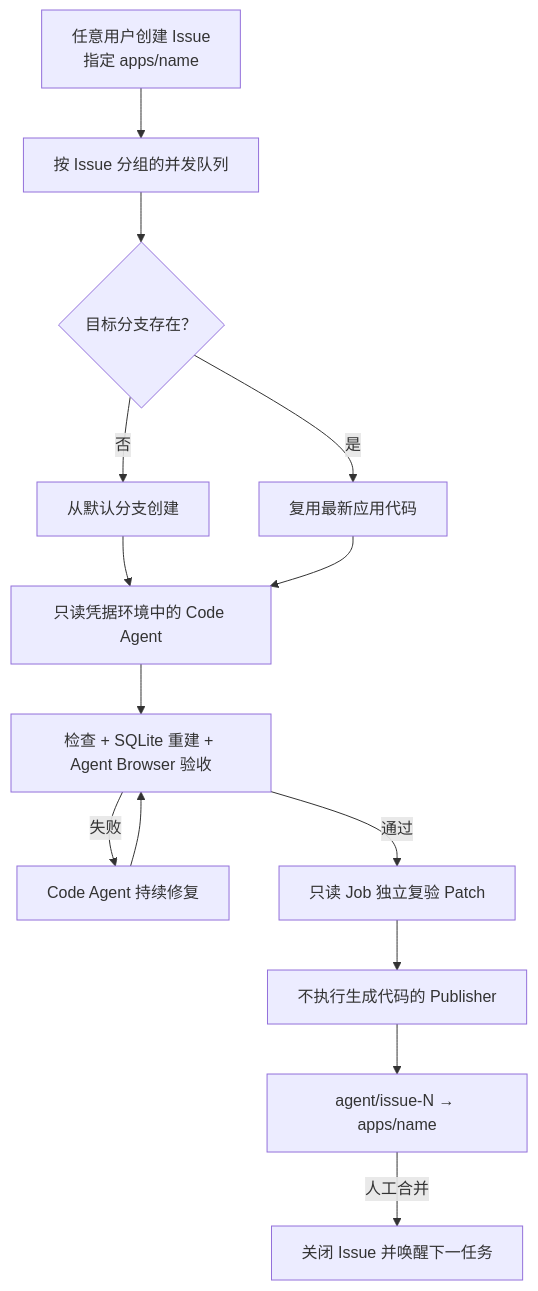
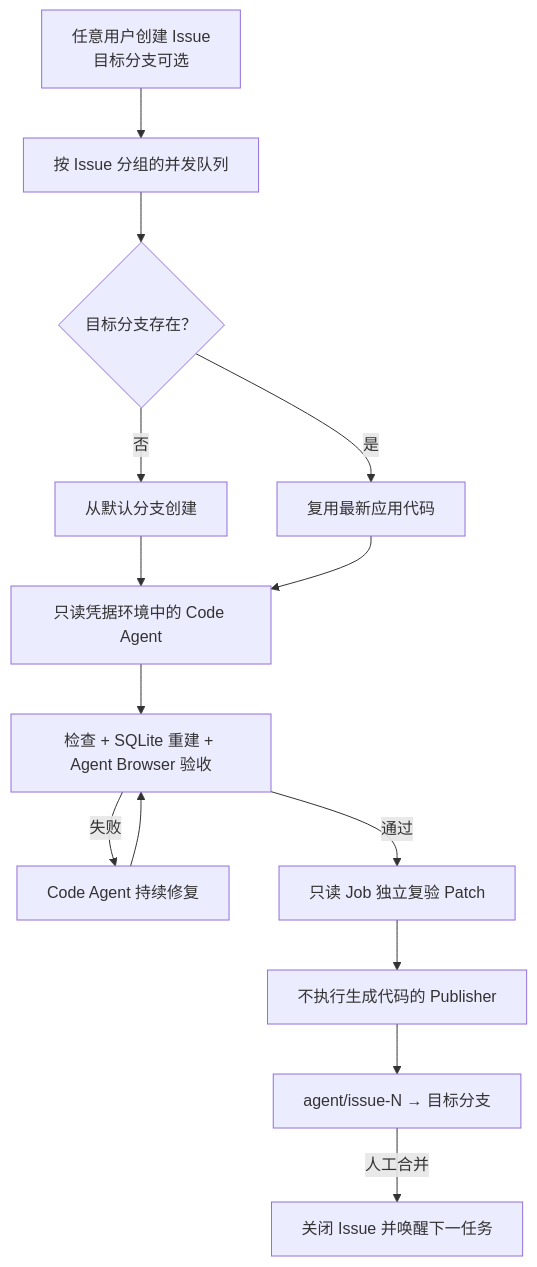
One commit to gchust/nb3-factory changed the diagram in README.MD. Above: the diagram before and after it, drawn with Mermaid. The commit also changed other lines of this file and 34 other files, not shown here.

````diff
--- a/README.MD
+++ b/README.MD
@@ -7,16 +7,16 @@
 ```mermaid
 flowchart TD
-    Issue["任意用户创建 Issue<br/>指定 apps/name"] --> Queue["按 Issue 分组的并发队列"]
+    Issue["任意用户创建 Issue<br/>目标分支可选"] --> Queue["按 Issue 分组的并发队列"]
     Queue --> Branch{"目标分支存在？"}
     Branch -->|否| Create["从默认分支创建"]
     Branch -->|是| Reuse["复用最新应用代码"]
     Create --> Agent["只读凭据环境中的 Code Agent"]
     Reuse --> Agent
     Agent --> Verify["检查 + SQLite 重建 + Agent Browser 验收"]
     Verify -->|失败| Repair["Code Agent 持续修复"]
     Repair --> Verify
     Verify -->|通过| Final["只读 Job 独立复验 Patch"]
     Final --> Publish["不执行生成代码的 Publisher"]
-    Publish --> PR["agent/issue-N → apps/name"]
+    Publish --> PR["agent/issue-N → 目标分支"]
     PR -->|人工合并| Done["关闭 Issue 并唤醒下一任务"]
 ```
````
